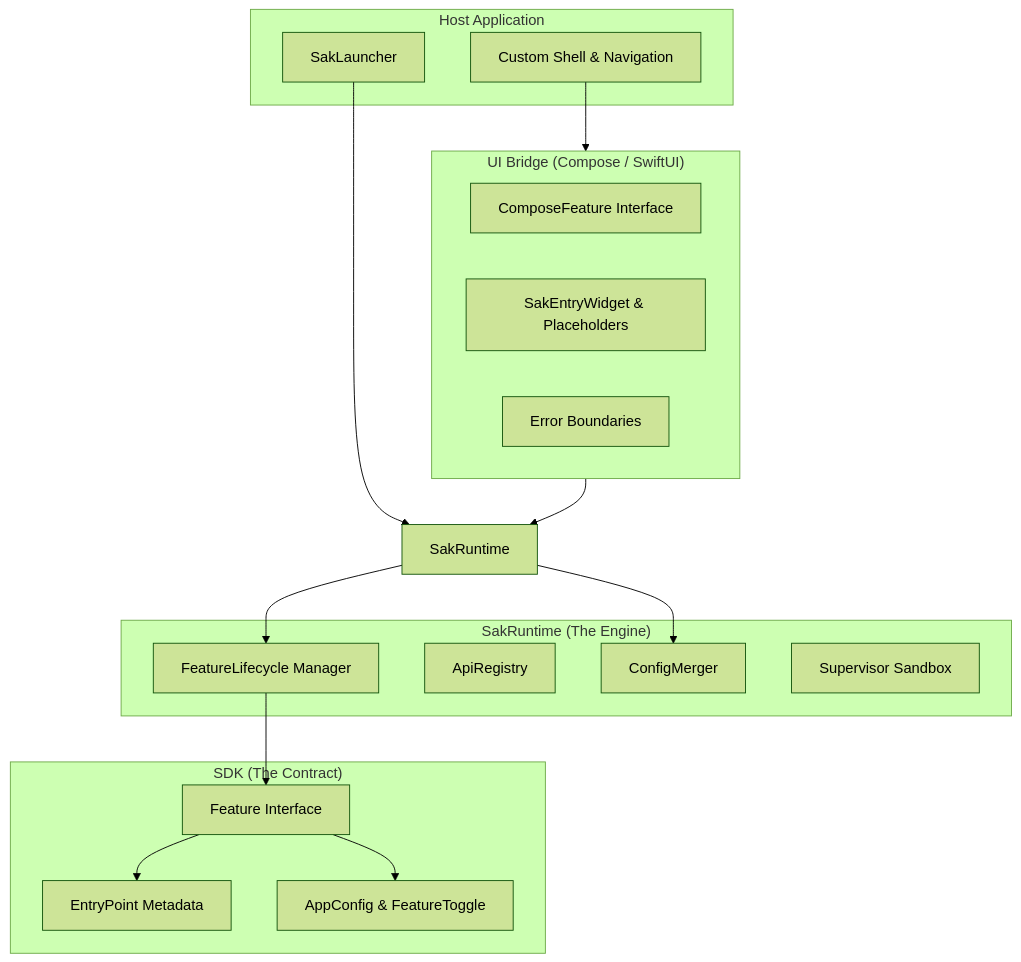
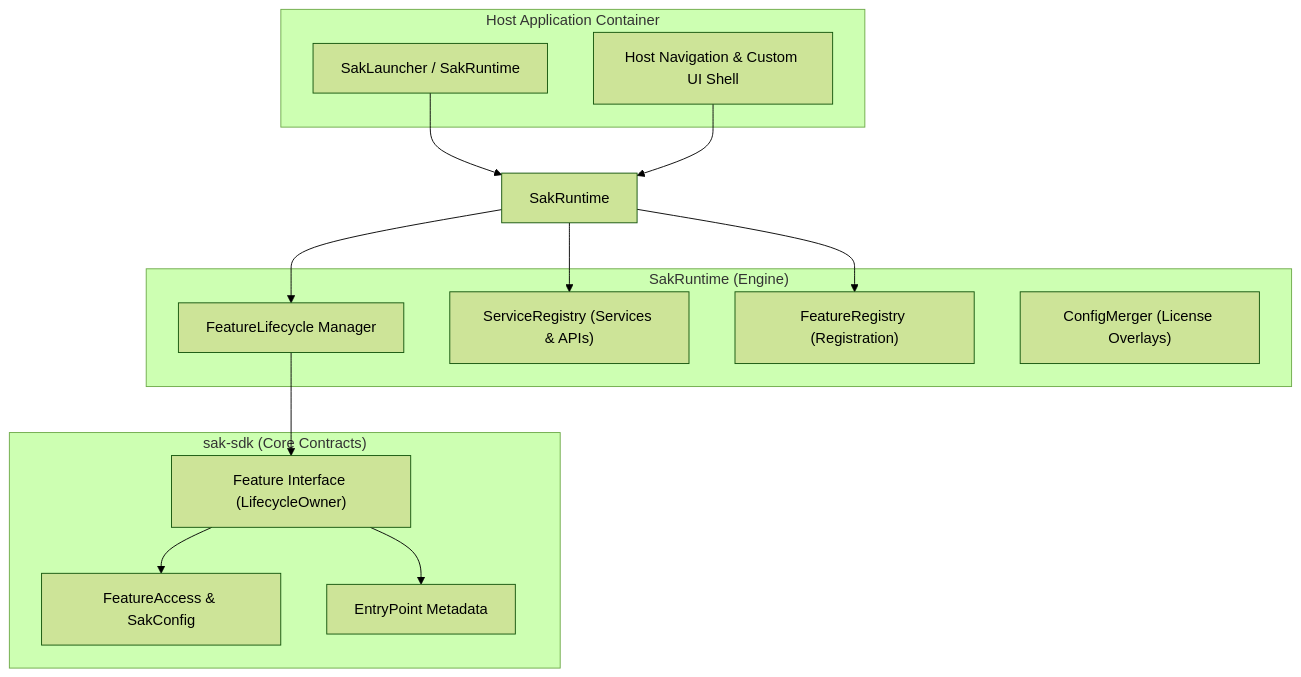
Before and after one commit to san-sk/sak: the diagram in docs/ARCHITECTURE.md, drawn with Mermaid (forest theme). The commit also changed other lines of this file and 104 other files, not shown here.

Commit message:
refactor: restructure SAK project - SDK contracts, runtime engine, harness hosts, sample features

````diff
--- a/docs/ARCHITECTURE.md
+++ b/docs/ARCHITECTURE.md
@@ -9,35 +9,29 @@
 ```mermaid
 flowchart TB
-    subgraph Host["Host Application"]
-        H_UI[Custom Shell & Navigation]
-        H_L[SakLauncher]
+    subgraph Host["Host Application Container"]
+        H_UI["Host Navigation & Custom UI Shell"]
+        H_L["SakLauncher / SakRuntime"]
     end
 
-    subgraph UI_Bridge["UI Bridge (Compose / SwiftUI)"]
-        CB[ComposeFeature Interface]
-        SEW[SakEntryWidget & Placeholders]
-        EB[Error Boundaries]
+    subgraph Runtime["SakRuntime (Engine)"]
+        FL["FeatureLifecycle Manager"]
+        SR["ServiceRegistry (Services & APIs)"]
+        FR["FeatureRegistry (Registration)"]
+        CM["ConfigMerger (License Overlays)"]
     end
 
-    subgraph Runtime["SakRuntime (The Engine)"]
-        FL[FeatureLifecycle Manager]
-        AR[ApiRegistry]
-        CM[ConfigMerger]
-        SB[Supervisor Sandbox]
-    end
-
-    subgraph SDK["SDK (The Contract)"]
-        F[Feature Interface]
-        EP[EntryPoint Metadata]
-        CFG[AppConfig & FeatureToggle]
+    subgraph SDK["sak-sdk (Core Contracts)"]
+        F["Feature Interface (LifecycleOwner)"]
+        FA["FeatureAccess & SakConfig"]
+        EP["EntryPoint Metadata"]
     end
 
     H_L --> SakRuntime
-    H_UI --> UI_Bridge
-    UI_Bridge --> SakRuntime
+    H_UI --> SakRuntime
     SakRuntime --> FL
-    SakRuntime --> CM
+    SakRuntime --> SR
+    SakRuntime --> FR
     FL --> F
+    F --> FA
     F --> EP
-    F --> CFG
 ```
````
